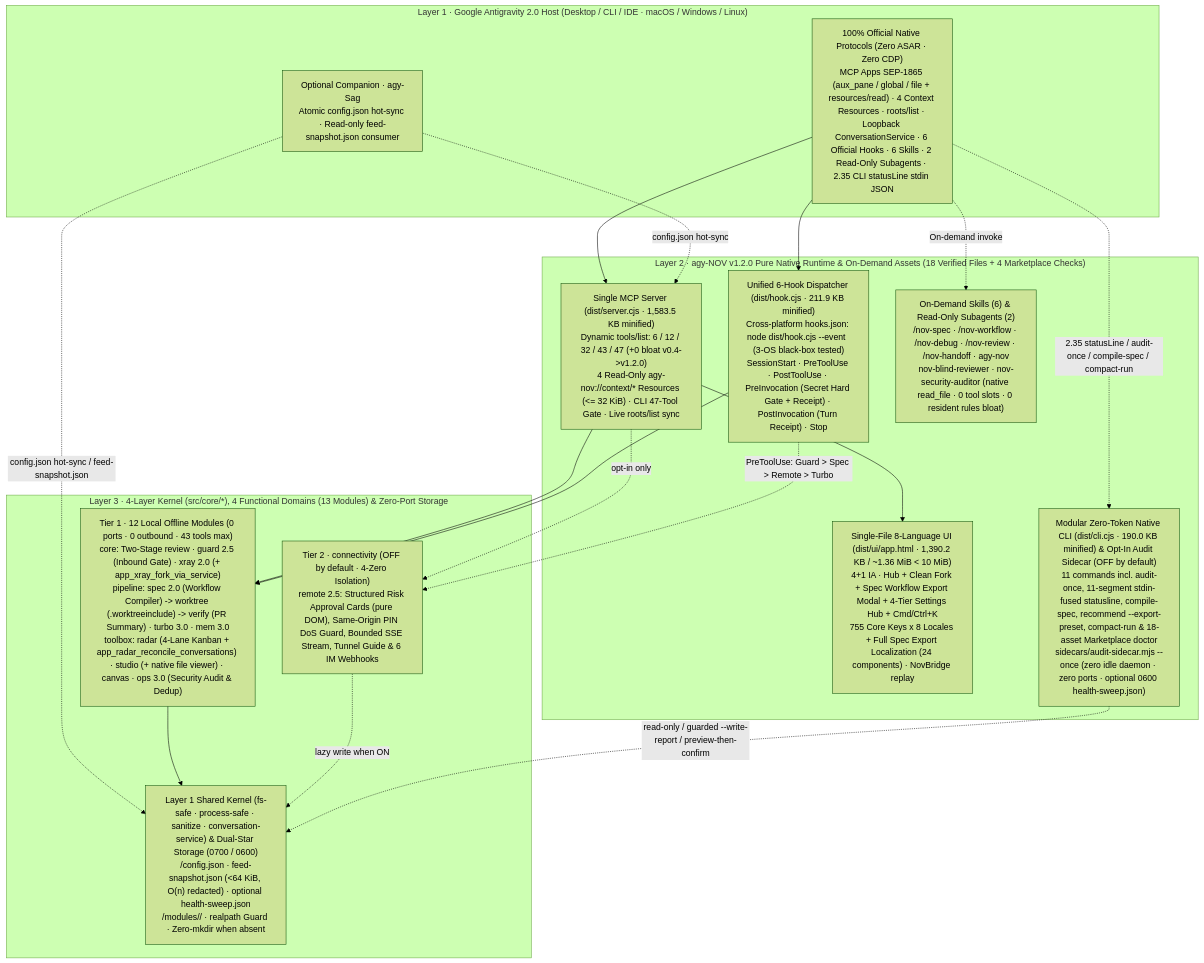
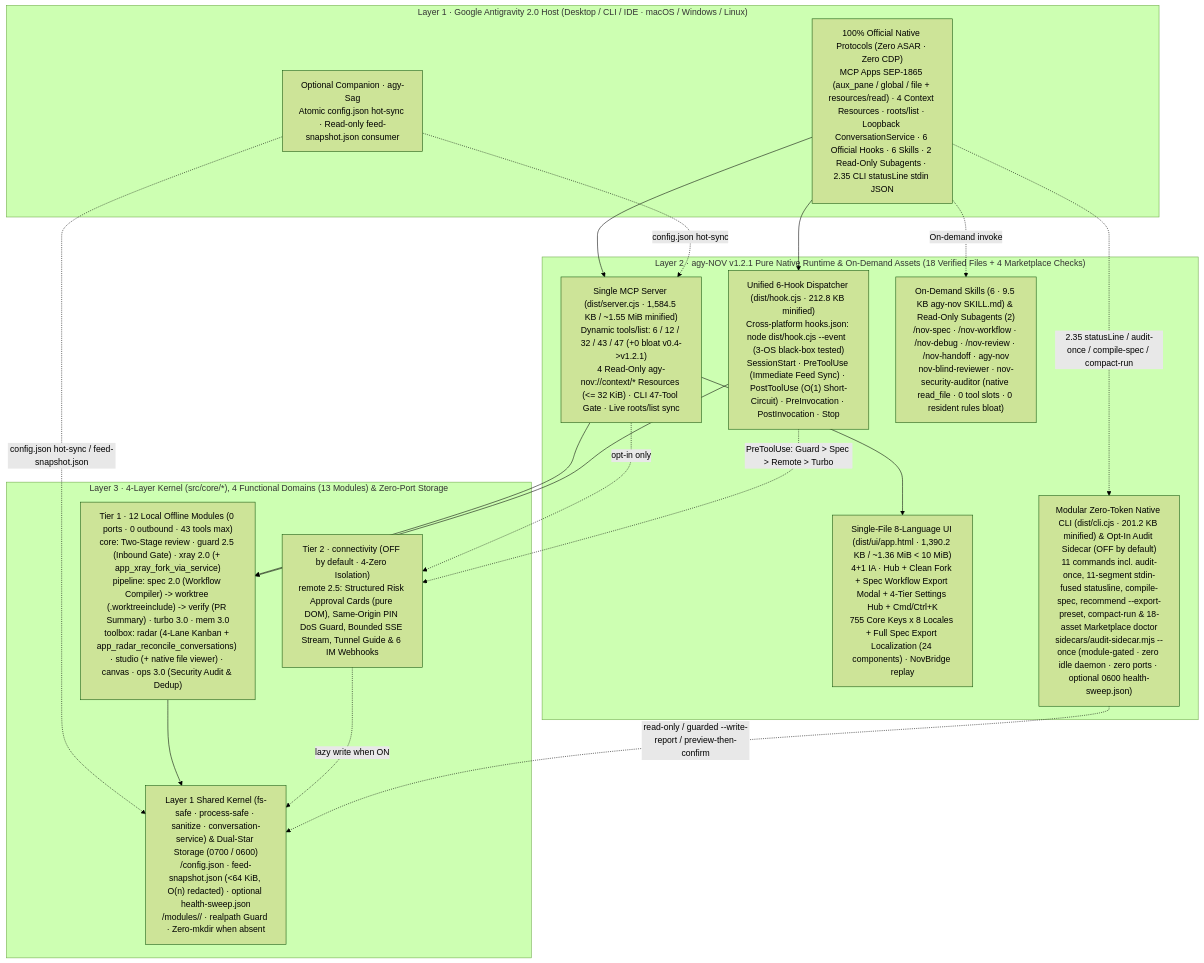
The diagram in README.md (tone-leh/agy-NOV), drawn with Mermaid (forest theme) before and after one commit. The commit also changed other lines of this file and 34 other files, not shown here.

Commit message:
fix(v1.2.1): dual-star feed consistency, disabled-module write gates, sidecar toggles & SKILL slimming

````diff
--- a/README.md
+++ b/README.md
@@ -277,36 +284,36 @@
 ```mermaid
 flowchart TB
   subgraph L1["Layer 1 · Google Antigravity 2.0 Host (Desktop / CLI / IDE · macOS / Windows / Linux)"]
     Host["100% Official Native Protocols (Zero ASAR · Zero CDP)\nMCP Apps SEP-1865 (aux_pane / global / file + resources/read) · 4 Context Resources · roots/list · Loopback ConversationService · 6 Official Hooks · 6 Skills · 2 Read-Only Subagents · 2.35 CLI statusLine stdin JSON"]
     Sag["Optional Companion · agy-Sag\nAtomic config.json hot-sync · Read-only feed-snapshot.json consumer"]
   end
 
-  subgraph L2["Layer 2 · agy-NOV v1.2.0 Pure Native Runtime & On-Demand Assets (18 Verified Files + 4 Marketplace Checks)"]
-    MCP["Single MCP Server (dist/server.cjs · 1,583.5 KB minified)\nDynamic tools/list: 6 / 12 / 32 / 43 / 47 (+0 bloat v0.4->v1.2.0)\n4 Read-Only agy-nov://context/* Resources (<= 32 KiB) · CLI 47-Tool Gate · Live roots/list sync"]
-    Hook["Unified 6-Hook Dispatcher (dist/hook.cjs · 211.9 KB minified)\nCross-platform hooks.json: node dist/hook.cjs --event <Event> (3-OS black-box tested)\nSessionStart · PreToolUse · PostToolUse · PreInvocation (Secret Hard Gate + Receipt) · PostInvocation (Turn Receipt) · Stop"]
+  subgraph L2["Layer 2 · agy-NOV v1.2.1 Pure Native Runtime & On-Demand Assets (18 Verified Files + 4 Marketplace Checks)"]
+    MCP["Single MCP Server (dist/server.cjs · 1,584.5 KB / ~1.55 MiB minified)\nDynamic tools/list: 6 / 12 / 32 / 43 / 47 (+0 bloat v0.4->v1.2.1)\n4 Read-Only agy-nov://context/* Resources (<= 32 KiB) · CLI 47-Tool Gate · Live roots/list sync"]
+    Hook["Unified 6-Hook Dispatcher (dist/hook.cjs · 212.8 KB minified)\nCross-platform hooks.json: node dist/hook.cjs --event <Event> (3-OS black-box tested)\nSessionStart · PreToolUse (Immediate Feed Sync) · PostToolUse (O(1) Short-Circuit) · PreInvocation · PostInvocation · Stop"]
     UI["Single-File 8-Language UI (dist/ui/app.html · 1,390.2 KB / ~1.36 MiB < 10 MiB)\n4+1 IA · Hub + Clean Fork + Spec Workflow Export Modal + 4-Tier Settings Hub + Cmd/Ctrl+K\n755 Core Keys x 8 Locales + Full Spec Export Localization (24 components) · NovBridge replay"]
-    Playbooks["On-Demand Skills (6) & Read-Only Subagents (2)\n/nov-spec · /nov-workflow · /nov-debug · /nov-review · /nov-handoff · agy-nov\nnov-blind-reviewer · nov-security-auditor (native read_file · 0 tool slots · 0 resident rules bloat)"]
-    CLI["Modular Zero-Token Native CLI (dist/cli.cjs · 190.0 KB minified) & Opt-In Audit Sidecar (OFF by default)\n11 commands incl. audit-once, 11-segment stdin-fused statusline, compile-spec, recommend --export-preset, compact-run & 18-asset Marketplace doctor\nsidecars/audit-sidecar.mjs --once (zero idle daemon · zero ports · optional 0600 health-sweep.json)"]
+    Playbooks["On-Demand Skills (6 · 9.5 KB agy-nov SKILL.md) & Read-Only Subagents (2)\n/nov-spec · /nov-workflow · /nov-debug · /nov-review · /nov-handoff · agy-nov\nnov-blind-reviewer · nov-security-auditor (native read_file · 0 tool slots · 0 resident rules bloat)"]
+    CLI["Modular Zero-Token Native CLI (dist/cli.cjs · 201.2 KB minified) & Opt-In Audit Sidecar (OFF by default)\n11 commands incl. audit-once, 11-segment stdin-fused statusline, compile-spec, recommend --export-preset, compact-run & 18-asset Marketplace doctor\nsidecars/audit-sidecar.mjs --once (module-gated · zero idle daemon · zero ports · optional 0600 health-sweep.json)"]
   end
 
   subgraph L3["Layer 3 · 4-Layer Kernel (src/core/*), 4 Functional Domains (13 Modules) & Zero-Port Storage"]
     T1["Tier 1 · 12 Local Offline Modules (0 ports · 0 outbound · 43 tools max)\ncore: Two-Stage review · guard 2.5 (Inbound Gate) · xray 2.0 (+ app_xray_fork_via_service)\npipeline: spec 2.0 (Workflow Compiler) -> worktree (.worktreeinclude) -> verify (PR Summary) · turbo 3.0 · mem 3.0\ntoolbox: radar (4-Lane Kanban + app_radar_reconcile_conversations) · studio (+ native file viewer) · canvas · ops 3.0 (Security Audit & Dedup)"]
     T2R["Tier 2 · connectivity (OFF by default · 4-Zero Isolation)\nremote 2.5: Structured Risk Approval Cards (pure DOM), Same-Origin PIN DoS Guard, Bounded SSE Stream, Tunnel Guide & 6 IM Webhooks"]
     Store["Layer 1 Shared Kernel (fs-safe · process-safe · sanitize · conversation-service) & Dual-Star Storage (0700 / 0600)\n<dataDir>/config.json · feed-snapshot.json (<64 KiB, O(n) redacted) · optional health-sweep.json\n<dataDir>/modules/<id>/ · realpath Guard · Zero-mkdir when absent"]
   end
 
   Host --> MCP
   Host --> Hook
   Host -. "On-demand invoke" .-> Playbooks
   Host -. "2.35 statusLine / audit-once / compile-spec / compact-run" .-> CLI
   Sag -. "config.json hot-sync / feed-snapshot.json" .-> Store
   Sag -. "config.json hot-sync" .-> MCP
   MCP --> UI
   MCP --> T1
   MCP -. "opt-in only" .-> T2R
   Hook --> T1
   Hook -. "PreToolUse: Guard > Spec > Remote > Turbo" .-> T2R
   T1 --> Store
   T2R -. "lazy write when ON" .-> Store
   CLI -. "read-only / guarded --write-report / preview-then-confirm" .-> Store
 ```
````
